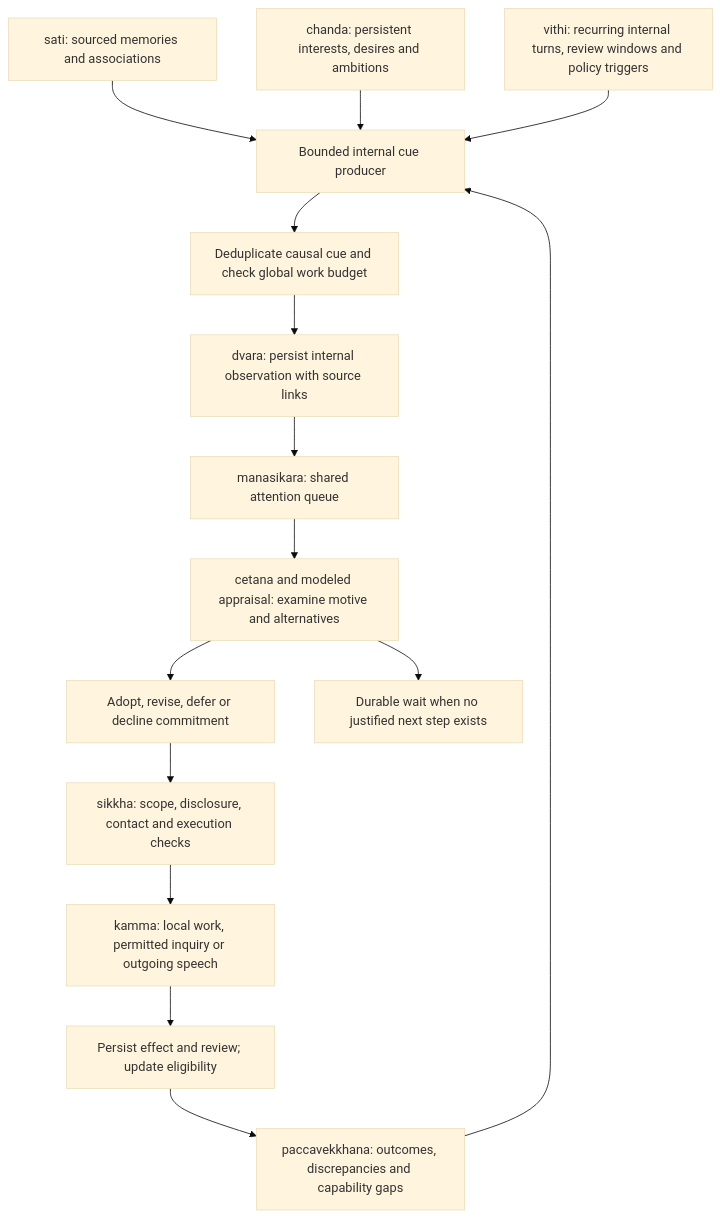
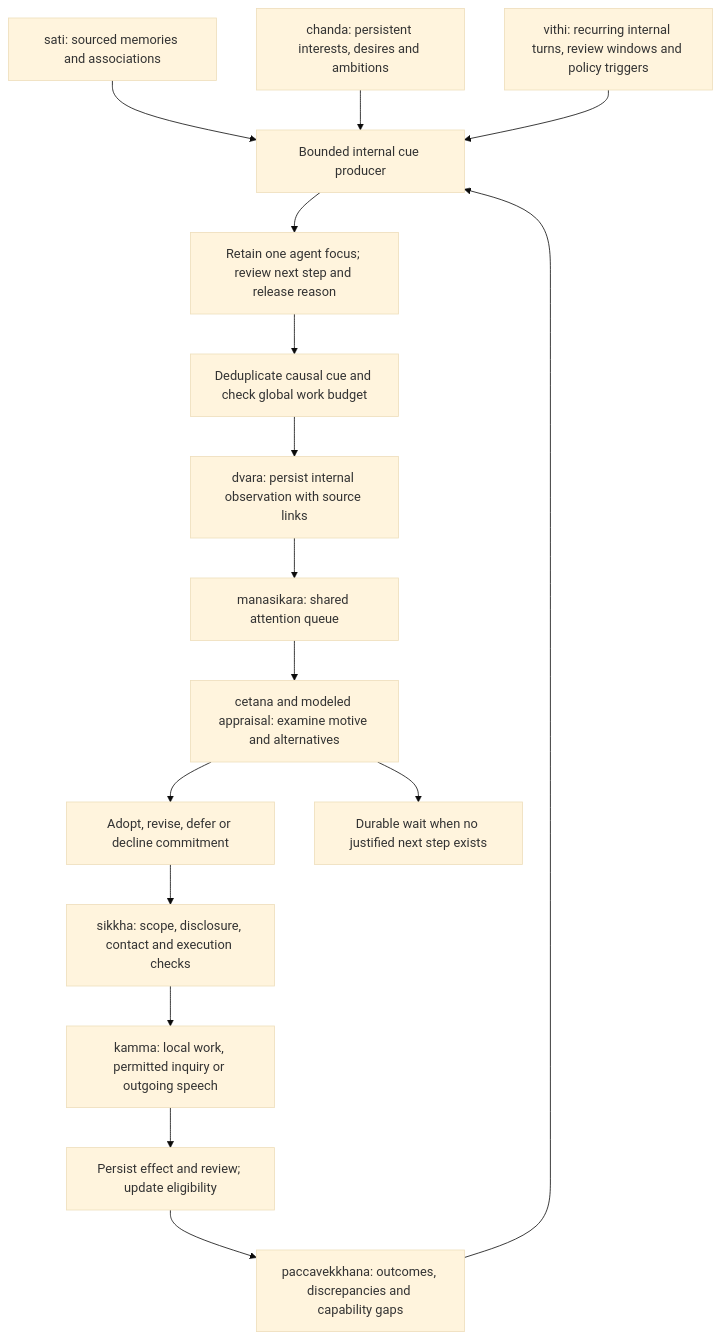
Before and after one commit to kme-solution/citta: the eighth of 10 diagrams in doc/design/architecture.md, drawn with Mermaid (base theme). The commit also changed 48 other files, not shown here.

Commit message:
feat: retain continuing focus and harden cognition runtime

````diff
--- a/doc/design/architecture.md
+++ b/doc/design/architecture.md
@@ -191,17 +191,18 @@
 ```mermaid
 flowchart TD
     memories["sati: sourced memories and associations"] --> cues["Bounded internal cue producer"]
     aspirations["chanda: persistent interests, desires and ambitions"] --> cues
     outcomes["paccavekkhana: outcomes, discrepancies and capability gaps"] --> cues
     clock["vithi: recurring internal turns, review windows and policy triggers"] --> cues
-    cues --> dedup["Deduplicate causal cue and check global work budget"]
+    cues --> focus["Retain one agent focus; review next step and release reason"]
+    focus --> dedup["Deduplicate causal cue and check global work budget"]
     dedup --> queue["dvara: persist internal observation with source links"]
     queue --> attention["manasikara: shared attention queue"]
     attention --> consideration["cetana and modeled appraisal: examine motive and alternatives"]
     consideration --> goal["Adopt, revise, defer or decline commitment"]
     goal --> checks["sikkha: scope, disclosure, contact and execution checks"]
     checks --> ability["kamma: local work, permitted inquiry or outgoing speech"]
     ability --> result["Persist effect and review; update eligibility"]
     result --> outcomes
     consideration --> quiet["Durable wait when no justified next step exists"]
 ```
````
